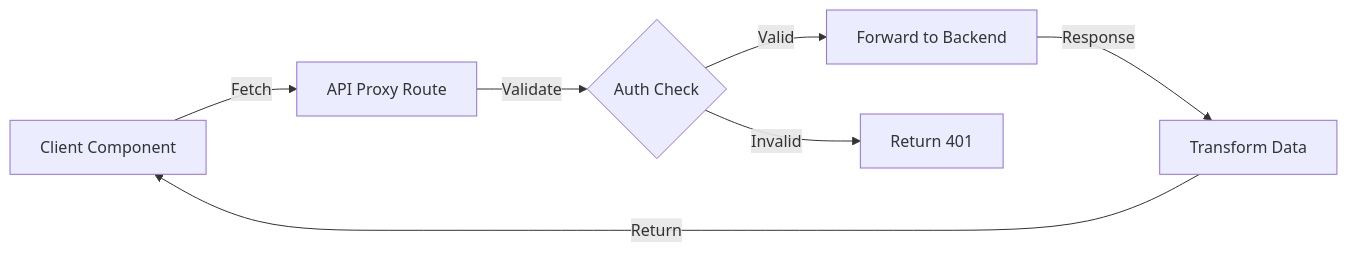
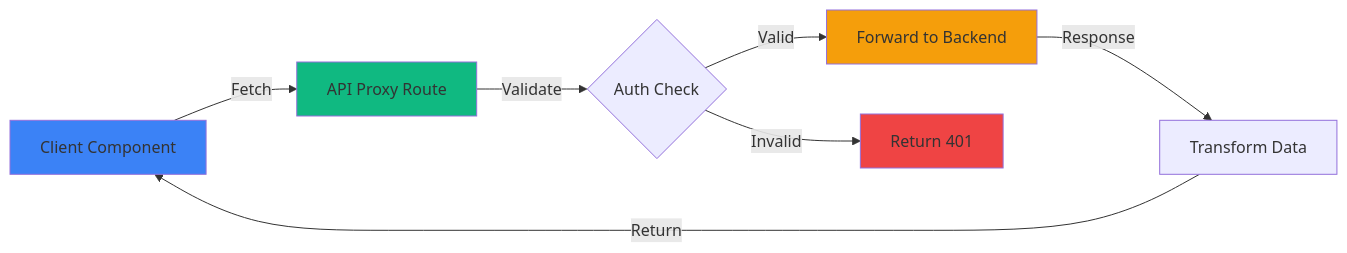
The third of 27 diagrams in apps/web/ARCHITECTURE.md (amertarva/amertask), drawn with Mermaid before and after one commit. The commit also changed other lines of this file and 150 other files, not shown here.

````diff
--- a/apps/web/ARCHITECTURE.md
+++ b/apps/web/ARCHITECTURE.md
@@ -289,9 +550,14 @@
 ```mermaid
 graph LR
     A[Client Component] -->|Fetch| B[API Proxy Route]
     B -->|Validate| C{Auth Check}
     C -->|Valid| D[Forward to Backend]
     C -->|Invalid| E[Return 401]
     D -->|Response| F[Transform Data]
     F -->|Return| A
+
+    style A fill:#3b82f6
+    style B fill:#10b981
+    style D fill:#f59e0b
+    style E fill:#ef4444
 ```
````
